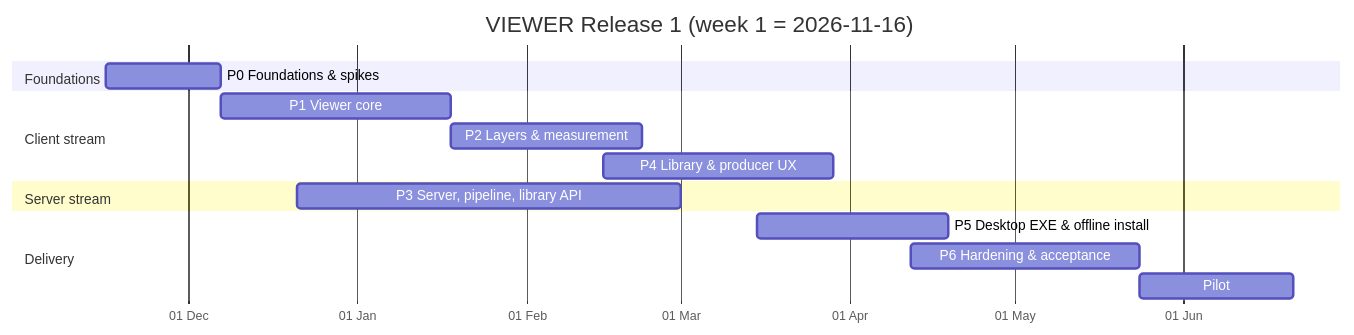
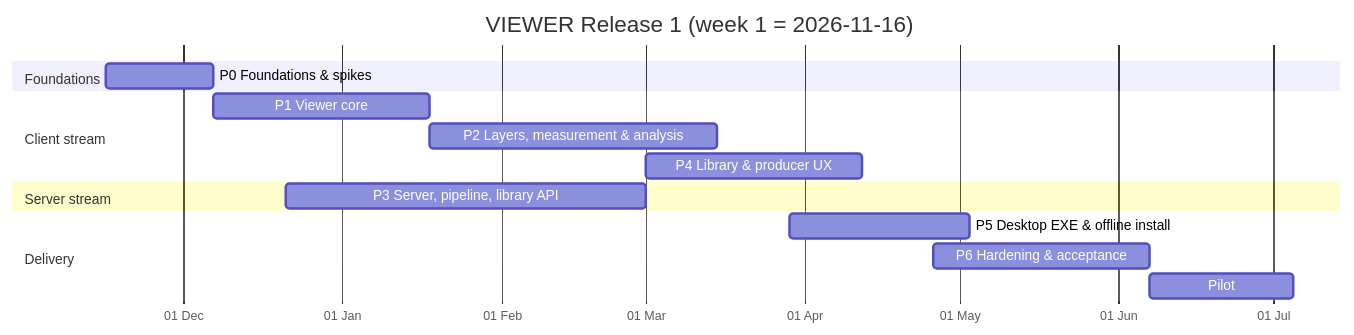
One commit to liorongoi/3DViewer changed the third of 3 diagrams in docs/IMPLEMENTATION_PLAN.md. Above: the diagram before and after it, drawn with Mermaid. The commit also changed other lines of this file and 1 other file, not shown here.

First line of the commit message:
Plan: add product-owner scope of 2 Nov (online base map and terrain, user Shapefile/GeoTIFF/WMTS layers, line of sight and profile, 360 viewshed, LOD inspector); P2 grows to 8 weeks, calendar 29 weeks

````diff
--- a/docs/IMPLEMENTATION_PLAN.md
+++ b/docs/IMPLEMENTATION_PLAN.md
@@ -356,18 +373,18 @@
 ```mermaid
 gantt
   dateFormat  YYYY-MM-DD
   axisFormat  %d %b
   title VIEWER Release 1 (week 1 = 2026-11-16)
   section Foundations
   P0 Foundations & spikes          :p0, 2026-11-16, 3w
   section Client stream
   P1 Viewer core                    :p1, after p0, 6w
-  P2 Layers & measurement           :p2, after p1, 5w
-  P4 Library & producer UX          :p4, 2027-02-15, 6w
+  P2 Layers, measurement & analysis :p2, after p1, 8w
+  P4 Library & producer UX          :p4, 2027-03-01, 6w
   section Server stream
   P3 Server, pipeline, library API  :p3, 2026-12-21, 10w
   section Delivery
-  P5 Desktop EXE & offline install  :p5, 2027-03-15, 5w
-  P6 Hardening & acceptance         :p6, 2027-04-12, 6w
+  P5 Desktop EXE & offline install  :p5, 2027-03-29, 5w
+  P6 Hardening & acceptance         :p6, 2027-04-26, 6w
   Pilot                             :pilot, after p6, 4w
 ```
````
